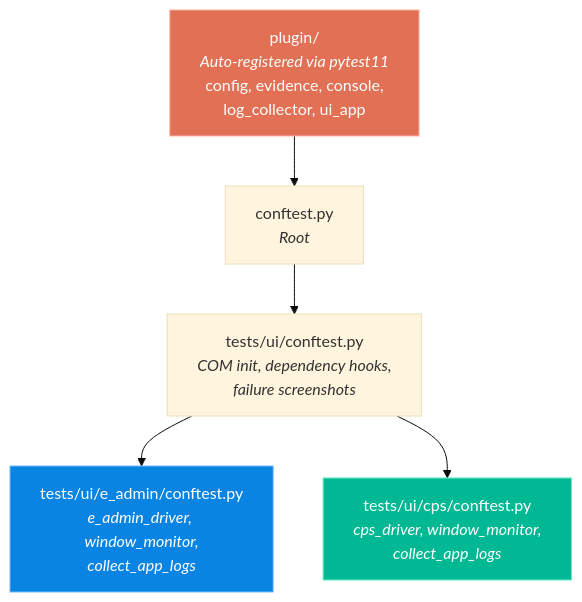
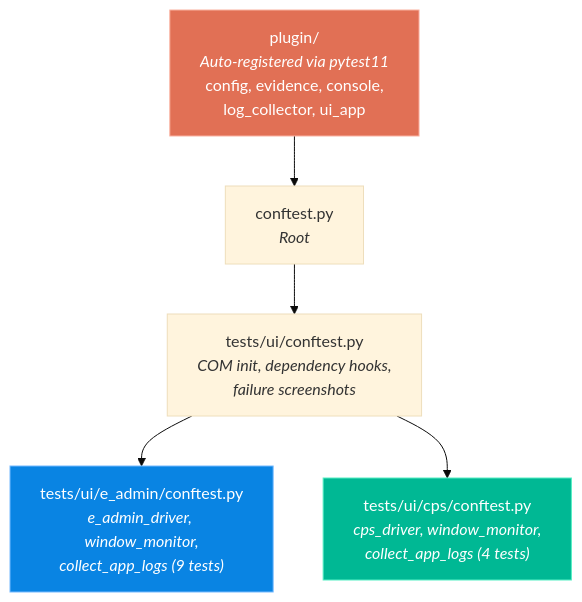
Before and after one commit to mikbalt/E2E_Test_Framework: the ninth of 12 diagrams in docs/INTRODUCTION.md, drawn with Mermaid (base theme). The commit also changed other lines of this file and 20 other files, not shown here.

````diff
--- a/docs/INTRODUCTION.md
+++ b/docs/INTRODUCTION.md
@@ -401,16 +520,16 @@
 ```mermaid
 flowchart TB
     P["plugin/<br/><i>Auto-registered via pytest11</i><br/>config, evidence, console,<br/>log_collector, ui_app"]
     R["conftest.py<br/><i>Root</i>"]
     T["tests/ui/conftest.py<br/><i>COM init, dependency hooks,<br/>failure screenshots</i>"]
-    U["tests/ui/e_admin/conftest.py<br/><i>e_admin_driver, window_monitor,<br/>collect_app_logs</i>"]
-    C["tests/ui/cps/conftest.py<br/><i>cps_driver, window_monitor,<br/>collect_app_logs</i>"]
+    U["tests/ui/e_admin/conftest.py<br/><i>e_admin_driver, window_monitor,<br/>collect_app_logs (9 tests)</i>"]
+    C["tests/ui/cps/conftest.py<br/><i>cps_driver, window_monitor,<br/>collect_app_logs (4 tests)</i>"]
 
     P --> R --> T
     T --> U
     T --> C
 
     style P fill:#e17055,stroke:#fab1a0,color:#ffffff
     style U fill:#0984e3,stroke:#74b9ff,color:#ffffff
     style C fill:#00b894,stroke:#55efc4,color:#ffffff
 ```
````
